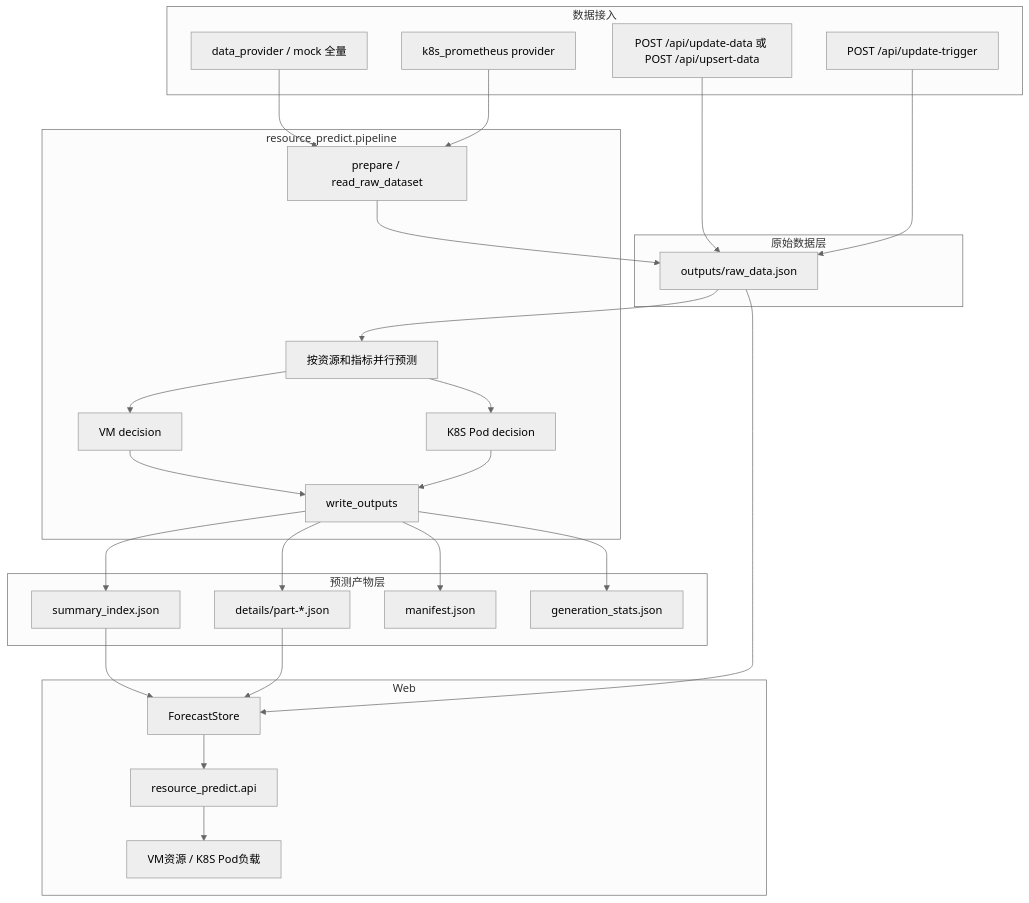
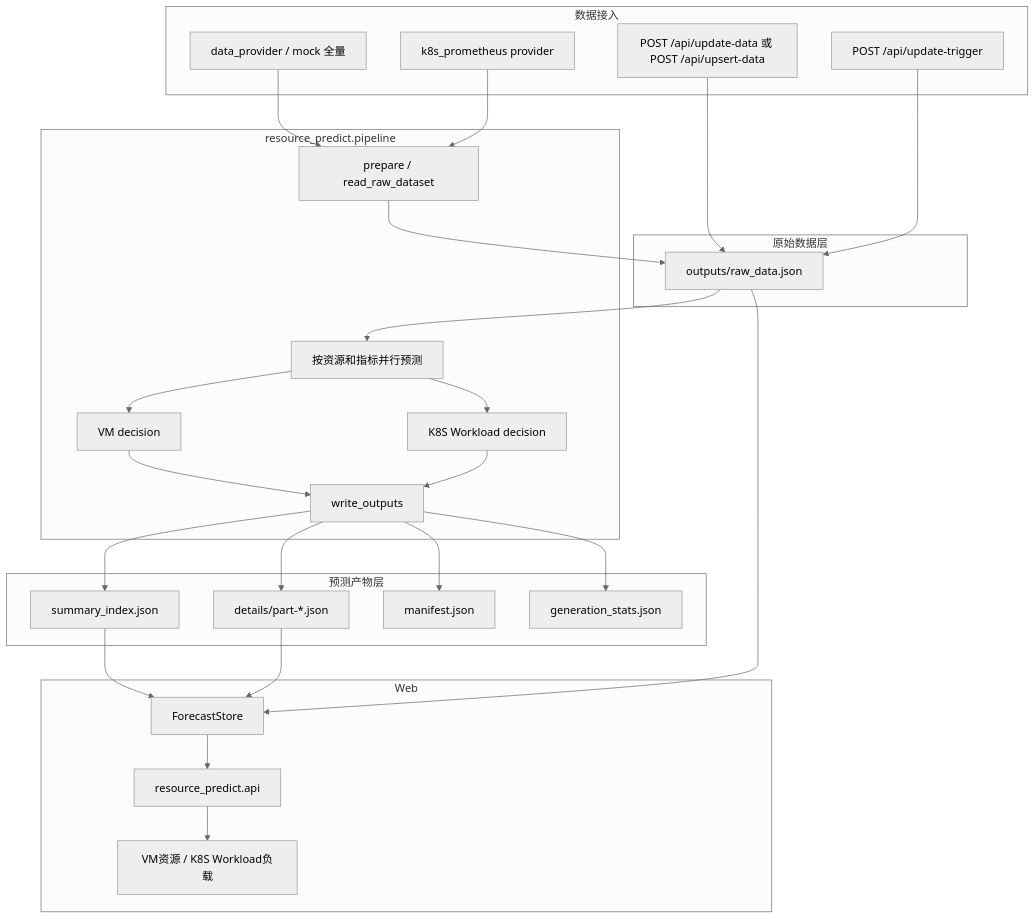
The first of 7 diagrams in README.md (zorocui/resource_predict), drawn with Mermaid (neutral theme) before and after one commit. The commit also changed other lines of this file and 40 other files, not shown here.

````diff
--- a/README.md
+++ b/README.md
@@ -144,54 +158,54 @@
 ```mermaid
 flowchart TB
     subgraph ingest [数据接入]
         DP["data_provider / mock 全量"]
         K8S["k8s_prometheus provider"]
         Push["POST /api/update-data 或 POST /api/upsert-data"]
         Pull["POST /api/update-trigger"]
     end
 
     subgraph store_raw [原始数据层]
         Raw["outputs/raw_data.json"]
     end
 
     subgraph pipeline [resource_predict.pipeline]
         Prep["prepare / read_raw_dataset"]
         Pred["按资源和指标并行预测"]
         DecVM["VM decision"]
-        DecPod["K8S Pod decision"]
+        DecPod["K8S Workload decision"]
         WOut["write_outputs"]
     end
 
     subgraph store_out [预测产物层]
         Sum["summary_index.json"]
         Det["details/part-*.json"]
         Man["manifest.json"]
         Stats["generation_stats.json"]
     end
 
     subgraph web [Web]
         API["resource_predict.api"]
         FS["ForecastStore"]
-        UI["VM资源 / K8S Pod负载"]
+        UI["VM资源 / K8S Workload负载"]
     end
 
     DP --> Prep
     K8S --> Prep
     Push --> Raw
     Pull --> Raw
     Prep --> Raw
     Raw --> Pred
     Pred --> DecVM
     Pred --> DecPod
     DecVM --> WOut
     DecPod --> WOut
     WOut --> Sum
     WOut --> Det
     WOut --> Man
     WOut --> Stats
     Sum --> FS
     Det --> FS
     Raw --> FS
     FS --> API
     API --> UI
 ```
````
